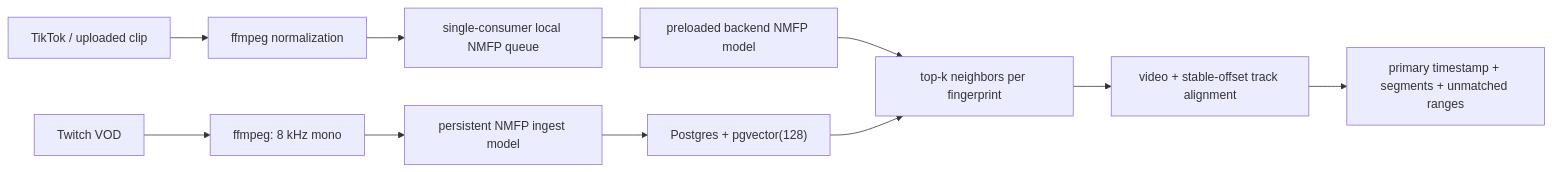
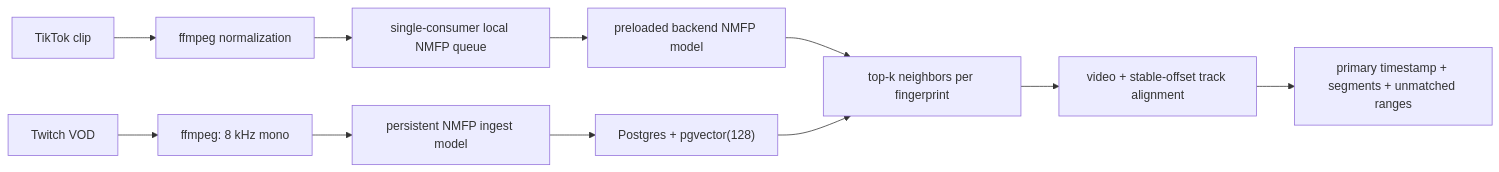
Before and after one commit to manofshad/VodHunter: the diagram in README.md, drawn with Mermaid. The commit also changed other lines of this file and 56 other files, not shown here.

````diff
--- a/README.md
+++ b/README.md
@@ -16,14 +16,14 @@
 ```mermaid
 flowchart LR
     VOD["Twitch VOD"] --> Extract["ffmpeg: 8 kHz mono"]
     Extract --> IngestNMFP["persistent NMFP ingest model"]
     IngestNMFP --> Vectors["Postgres + pgvector(128)"]
 
-    Query["TikTok / uploaded clip"] --> Normalize["ffmpeg normalization"]
+    Query["TikTok clip"] --> Normalize["ffmpeg normalization"]
     Normalize --> Queue["single-consumer local NMFP queue"]
     Queue --> LocalNMFP["preloaded backend NMFP model"]
     LocalNMFP --> Candidates["top-k neighbors per fingerprint"]
     Vectors --> Candidates
     Candidates --> Align["video + stable-offset track alignment"]
     Align --> Result["primary timestamp + segments + unmatched ranges"]
 ```
````
